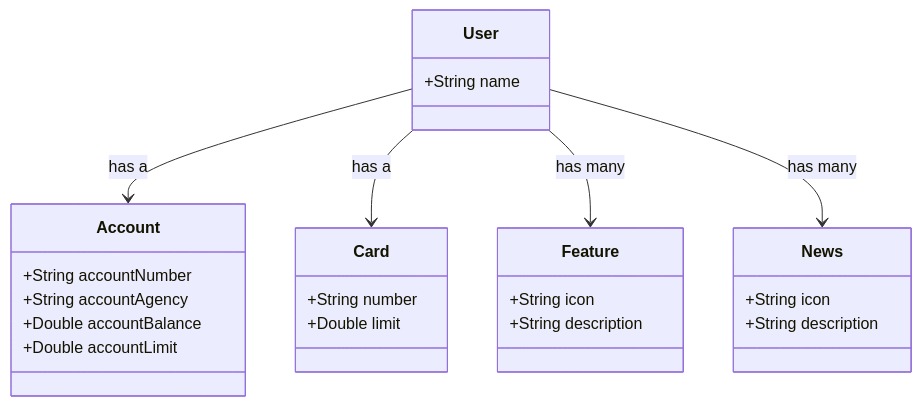
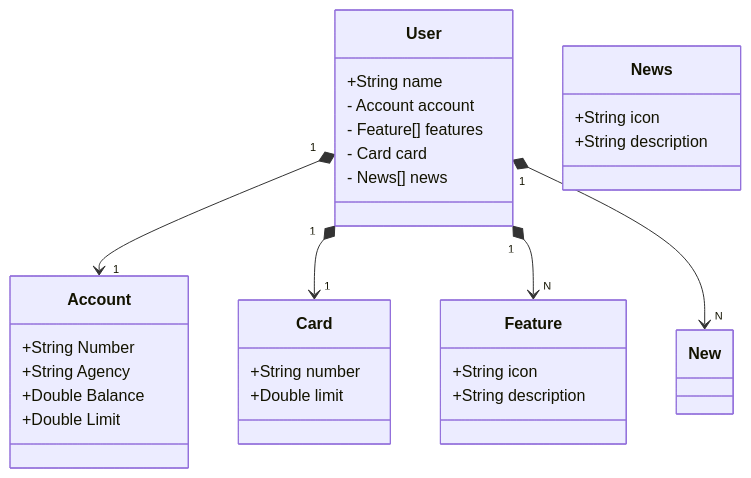
One commit to Sirius-146/santander-dev-week changed the diagram in README.md. Above: the diagram before and after it, drawn with Mermaid.

Commit message:
diagram details update

````diff
--- a/README.md
+++ b/README.md
@@ -7,33 +7,37 @@
 ```mermaid
 classDiagram
     class User {
         +String name
+        - Account account
+        - Feature[] features
+        - Card card
+        - News[] news
     }
 
     class Account {
-        +String accountNumber
-        +String accountAgency
-        +Double accountBalance
-        +Double accountLimit
+        +String Number
+        +String Agency
+        +Double Balance
+        +Double Limit
     }
 
     class Feature {
         +String icon
         +String description
     }
 
     class Card {
         +String number
         +Double limit
     }
 
     class News {
         +String icon
         +String description
     }
 
-    User --> Account : has a
-    User --> Card : has a
-    User --> Feature : has many
-    User --> News : has many
+    User "1" *--> "1" Account
+    User "1" *--> "1" Card
+    User "1" *--> "N" Feature
+    User "1" *--> "N" New
 ```
````
